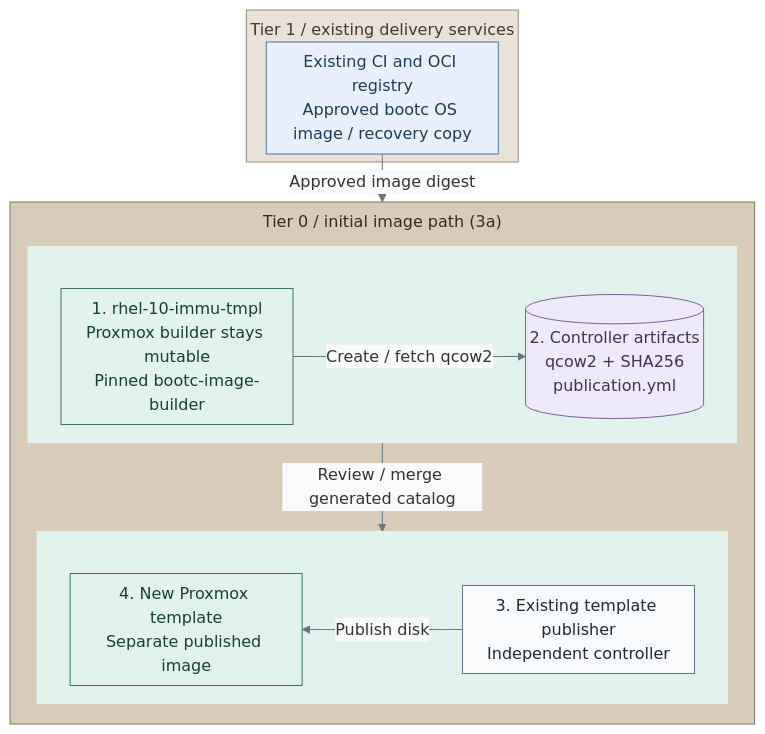
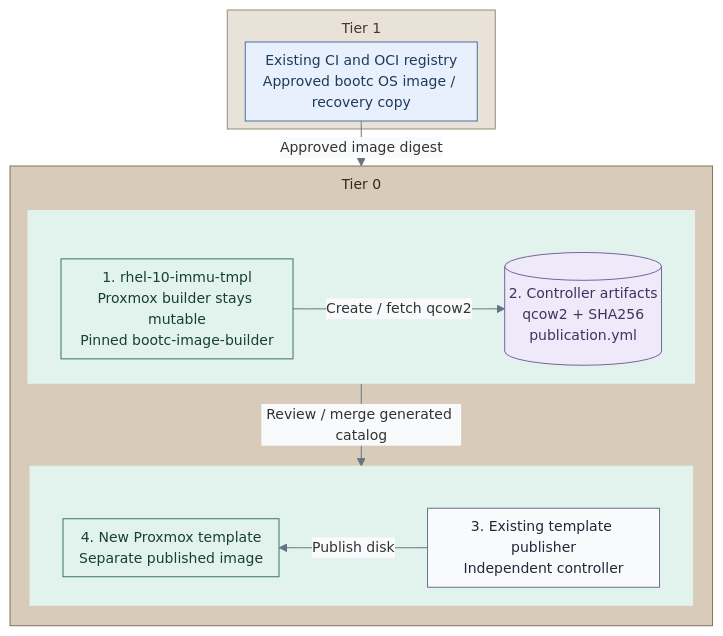
One commit to Rexus/homelab changed the diagram in docs/03-deployment/stage-9-development/step-15b-image-based-linux.md. Above: the diagram before and after it, drawn with Mermaid. The commit also changed 124 other files, not shown here.

First line of the commit message:
fix(platform): align service diagrams and directory failover

````diff
--- a/docs/03-deployment/stage-9-development/step-15b-image-based-linux.md
+++ b/docs/03-deployment/stage-9-development/step-15b-image-based-linux.md
@@ -19,37 +19,37 @@
 ```mermaid
-%%{init: {"theme":"base","flowchart":{"nodeSpacing":16,"rankSpacing":16,"padding":8,"subGraphTitleMargin":{"top":8,"bottom":16}},"themeVariables":{"lineColor":"#627581","edgeLabelBackground":"#f8fafc"}}}%%
+%%{init: {"theme":"base","flowchart":{"nodeSpacing":16,"rankSpacing":16,"padding":8,"subGraphTitleMargin":{"top":8,"bottom":16}},"themeVariables":{"lineColor":"#627581","edgeLabelBackground":"#f8fafc","fontFamily":"Arial, sans-serif","fontSize":"14px"},"fontFamily":"Arial, sans-serif"}}%%
 flowchart TB
-  subgraph T1["Tier 1 / existing delivery services"]
+  subgraph T1["Tier 1"]
     CI["Existing CI and OCI registry<br/>Approved bootc OS image / recovery copy"]
   end
-  subgraph T0["Tier 0 / initial image path (3a)"]
+  subgraph T0["Tier 0"]
     direction TB
     subgraph Build[" "]
       direction LR
       Builder["1. rhel-10-immu-tmpl<br/>Proxmox builder stays mutable<br/>Pinned bootc-image-builder"]
       Artifact[("2. Controller artifacts<br/>qcow2 + SHA256<br/>publication.yml")]
       Builder -->|Create / fetch qcow2| Artifact
     end
     subgraph Publish[" "]
       direction RL
       Publisher["3. Existing template publisher<br/>Independent controller"]
       Template["4. New Proxmox template<br/>Separate published image"]
       Publisher -->|Publish disk| Template
     end
     Build -->|Review / merge generated catalog| Publish
   end
   CI -->|Approved image digest| T0
   classDef default fill:#f8fafc,stroke:#64748b,color:#1f2937
   classDef data fill:#eeeafa,stroke:#78639b,color:#42325d
   classDef services fill:#e7f0fc,stroke:#4d719b,color:#203a5b
   classDef control fill:#e2f3ed,stroke:#397366,color:#173f36
   classDef controlHeading fill:#e2f3ed,stroke:#e2f3ed,color:#173f36
   class Artifact data
   class CI services
   class Builder,Template control
   class Build,Publish controlHeading
   classDef tier0 fill:#d8cbb9,stroke:#83715a,color:#352a1e
   class T0 tier0
   classDef tier1 fill:#e9e2d8,stroke:#968976,color:#44382a
   class T1 tier1
 ```
````
